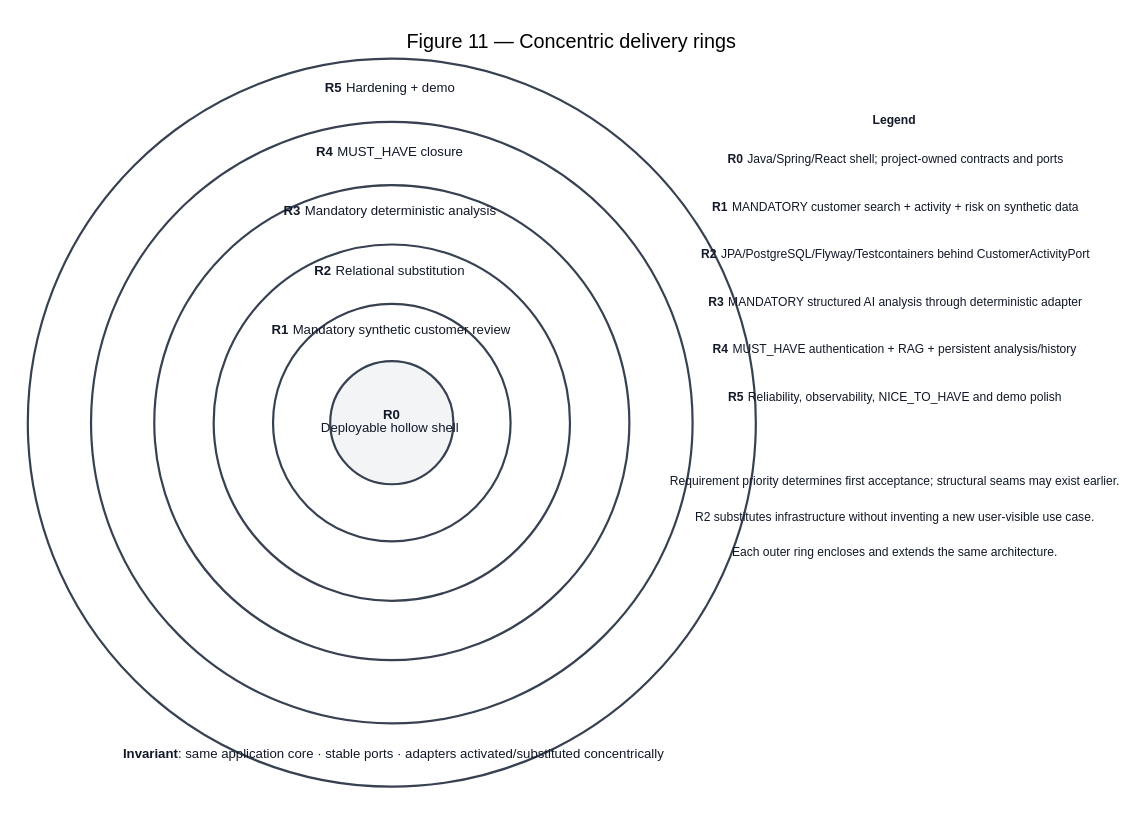
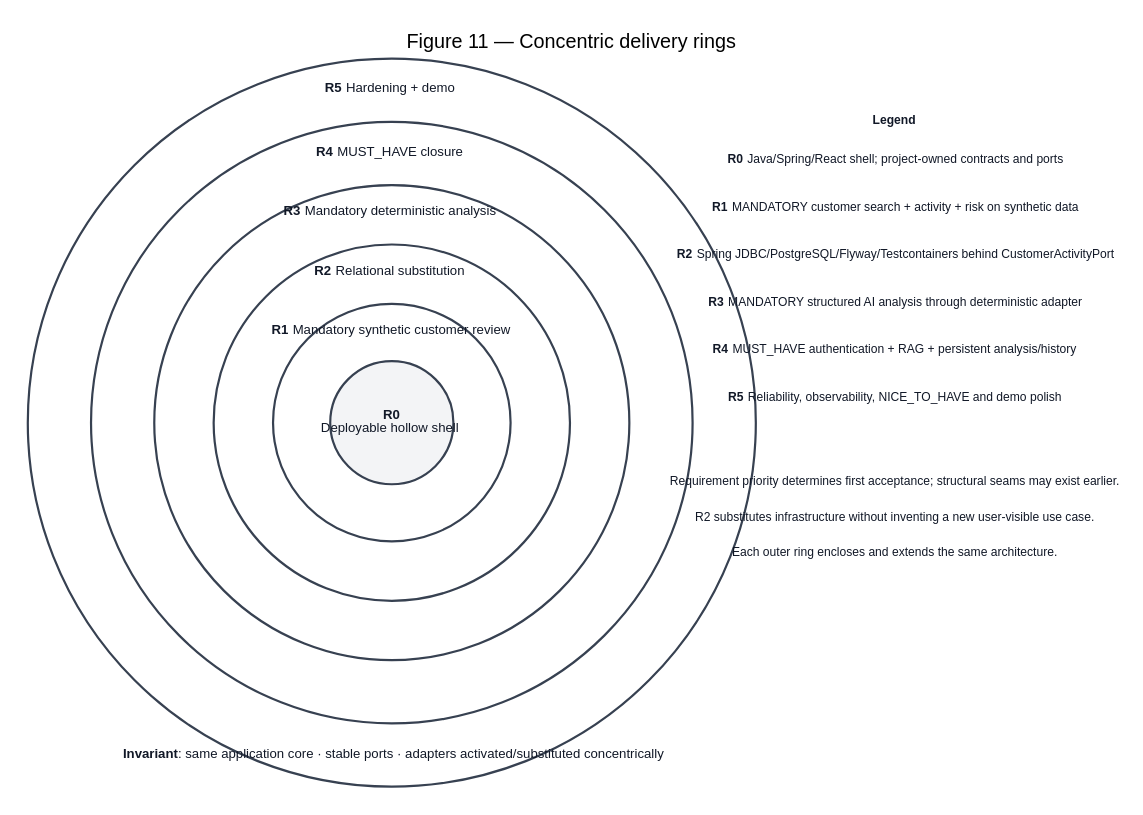
One commit to jdoe-dev-159753/specgraph-reference-app changed the diagram in docs/assignment/SDD/diagrams/delivery-rings.dot. Above: the diagram before and after it, drawn with Graphviz. The commit also changed 4 other files, not shown here.

```diff
--- a/docs/assignment/SDD/diagrams/delivery-rings.dot
+++ b/docs/assignment/SDD/diagrams/delivery-rings.dot
@@ -1,65 +1,65 @@
 graph DeliveryRings {
   graph [
     layout=neato,
     overlap=true,
     splines=false,
     outputorder=edgesfirst,
     bgcolor="#FFFFFF",
     margin=0.08,
     pad=0.25,
     labelloc=t,
     label="Figure 11 — Concentric delivery rings",
     fontsize=18,
     fontname="Arial"
   ];
 
   node [
     shape=circle,
     fixedsize=true,
     label="",
     color="#374151",
     penwidth=2.0,
     pin=true
   ];
 
   r5 [width=9.2, height=9.2, pos="0,0!"];
   r4 [width=7.6, height=7.6, pos="0,0!"];
   r3 [width=6.0, height=6.0, pos="0,0!"];
   r2 [width=4.5, height=4.5, pos="0,0!"];
   r1 [width=3.0, height=3.0, pos="0,0!"];
   r0 [width=1.55, height=1.55, pos="0,0!", style=filled, fillcolor="#F3F4F6"];
 
   node [
     shape=plain,
     fixedsize=false,
     pin=true,
     fontname="Arial",
     fontcolor="#111827",
     fontsize=12
   ];
 
   t0 [label=<<B>R0</B><BR/>Deployable hollow shell>, pos="0,0!"];
   t1 [label=<<B>R1</B>  Mandatory synthetic customer review>, pos="0,1.15!"];
   t2 [label=<<B>R2</B>  Relational substitution>, pos="0,1.90!"];
   t3 [label=<<B>R3</B>  Mandatory deterministic analysis>, pos="0,2.65!"];
   t4 [label=<<B>R4</B>  MUST_HAVE closure>, pos="0,3.40!"];
   t5 [label=<<B>R5</B>  Hardening + demo>, pos="0,4.20!"];
 
   invariant [
     label=<<B>Invariant</B>: same application core · stable ports · adapters activated/substituted concentrically>,
     pos="0,-4.20!"
   ];
 
   node [shape=plain, pin=true, fontname="Arial", fontsize=11, fontcolor="#111827"];
   legend_title [label=<<B>Legend</B>>, pos="6.35,3.80!"];
   legend_r0 [label=<<B>R0</B>  Java/Spring/React shell; project-owned contracts and ports>, pos="6.35,3.30!"];
   legend_r1 [label=<<B>R1</B>  MANDATORY customer search + activity + risk on synthetic data>, pos="6.35,2.70!"];
-  legend_r2 [label=<<B>R2</B>  JPA/PostgreSQL/Flyway/Testcontainers behind CustomerActivityPort>, pos="6.35,2.10!"];
+  legend_r2 [label=<<B>R2</B>  Spring JDBC/PostgreSQL/Flyway/Testcontainers behind CustomerActivityPort>, pos="6.35,2.10!"];
   legend_r3 [label=<<B>R3</B>  MANDATORY structured AI analysis through deterministic adapter>, pos="6.35,1.50!"];
   legend_r4 [label=<<B>R4</B>  MUST_HAVE authentication + RAG + persistent analysis/history>, pos="6.35,0.90!"];
   legend_r5 [label=<<B>R5</B>  Reliability, observability, NICE_TO_HAVE and demo polish>, pos="6.35,0.30!"];
 
   reading_1 [label="Requirement priority determines first acceptance; structural seams may exist earlier.", pos="6.35,-0.75!"];
   reading_2 [label="R2 substitutes infrastructure without inventing a new user-visible use case.", pos="6.35,-1.20!"];
   reading_3 [label="Each outer ring encloses and extends the same architecture.", pos="6.35,-1.65!"];
 }
```
